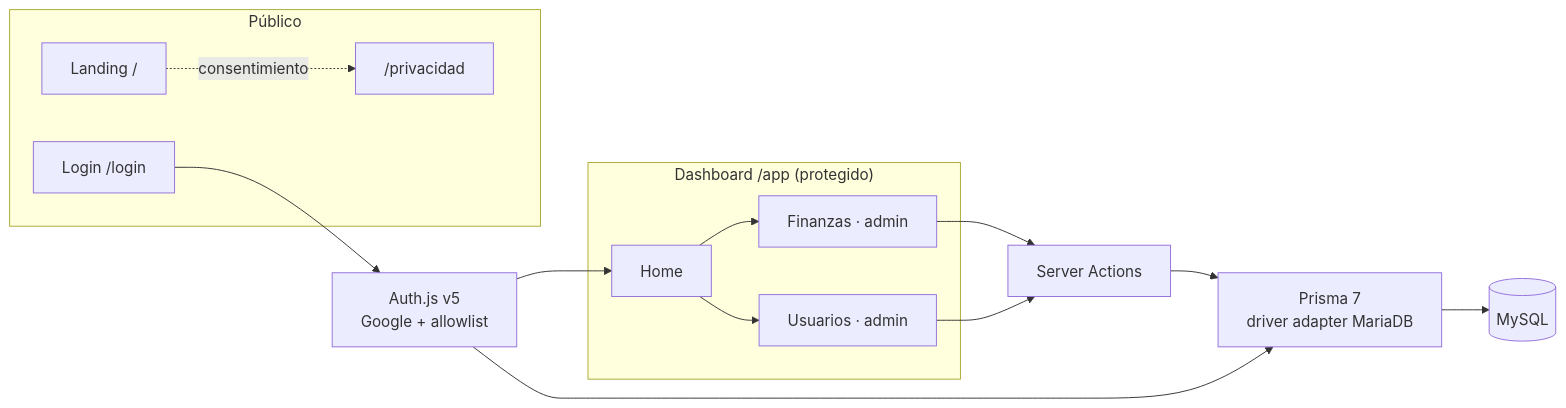
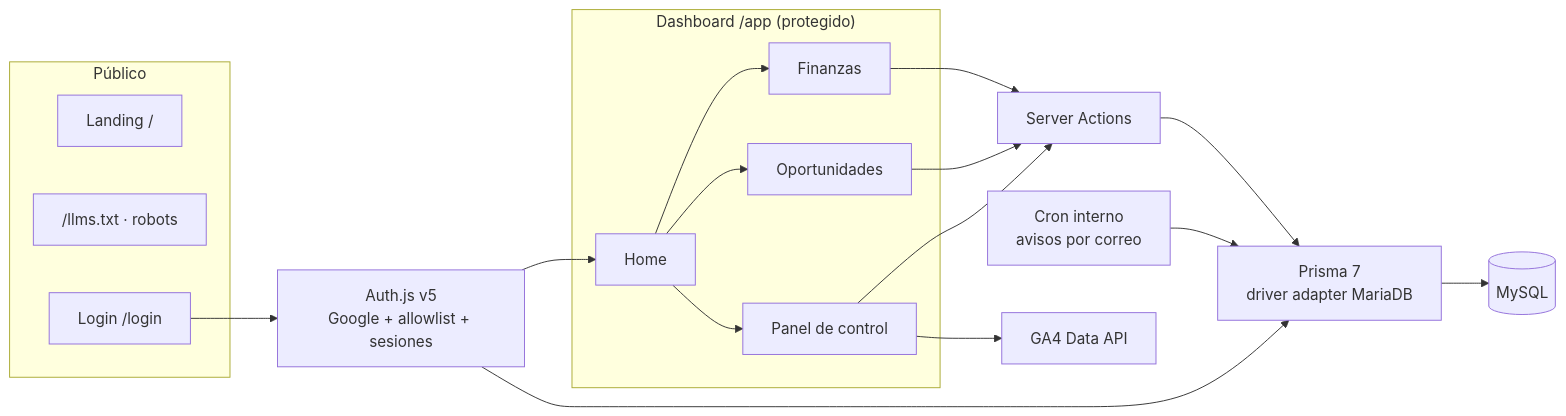
The diagram in README.md (adrianosuna/adrian-osuna-portfolio), drawn with Mermaid before and after one commit. The commit also changed other lines of this file and 82 other files, not shown here.

Commit message:
feat: panel de control, pipeline de oportunidades y finanzas v2 (avisos por correo, sesiones revocables, GEO y 153 tests)

````diff
--- a/README.md
+++ b/README.md
@@ -38,26 +42,30 @@
 ```mermaid
 flowchart LR
     subgraph Público
         L["Landing /"]
-        PR["/privacidad"]
+        LT["/llms.txt · robots"]
         LG["Login /login"]
     end
     subgraph "Dashboard /app (protegido)"
         H["Home"]
-        F["Finanzas · admin"]
-        U["Usuarios · admin"]
+        F["Finanzas"]
+        O["Oportunidades"]
+        PC["Panel de control"]
     end
-    A["Auth.js v5<br/>Google + allowlist"]
+    A["Auth.js v5<br/>Google + allowlist + sesiones"]
     SA["Server Actions"]
     P["Prisma 7<br/>driver adapter MariaDB"]
     DB[("MySQL")]
+    CR["Cron interno<br/>avisos por correo"]
+    GA["GA4 Data API"]
 
     LG --> A
     A --> H
-    H --> F & U
-    F & U --> SA
+    H --> F & O & PC
+    F & O & PC --> SA
     SA --> P
     A --> P
     P --> DB
-    L -. "consentimiento" .-> PR
+    CR --> P
+    PC --> GA
 ```
````
